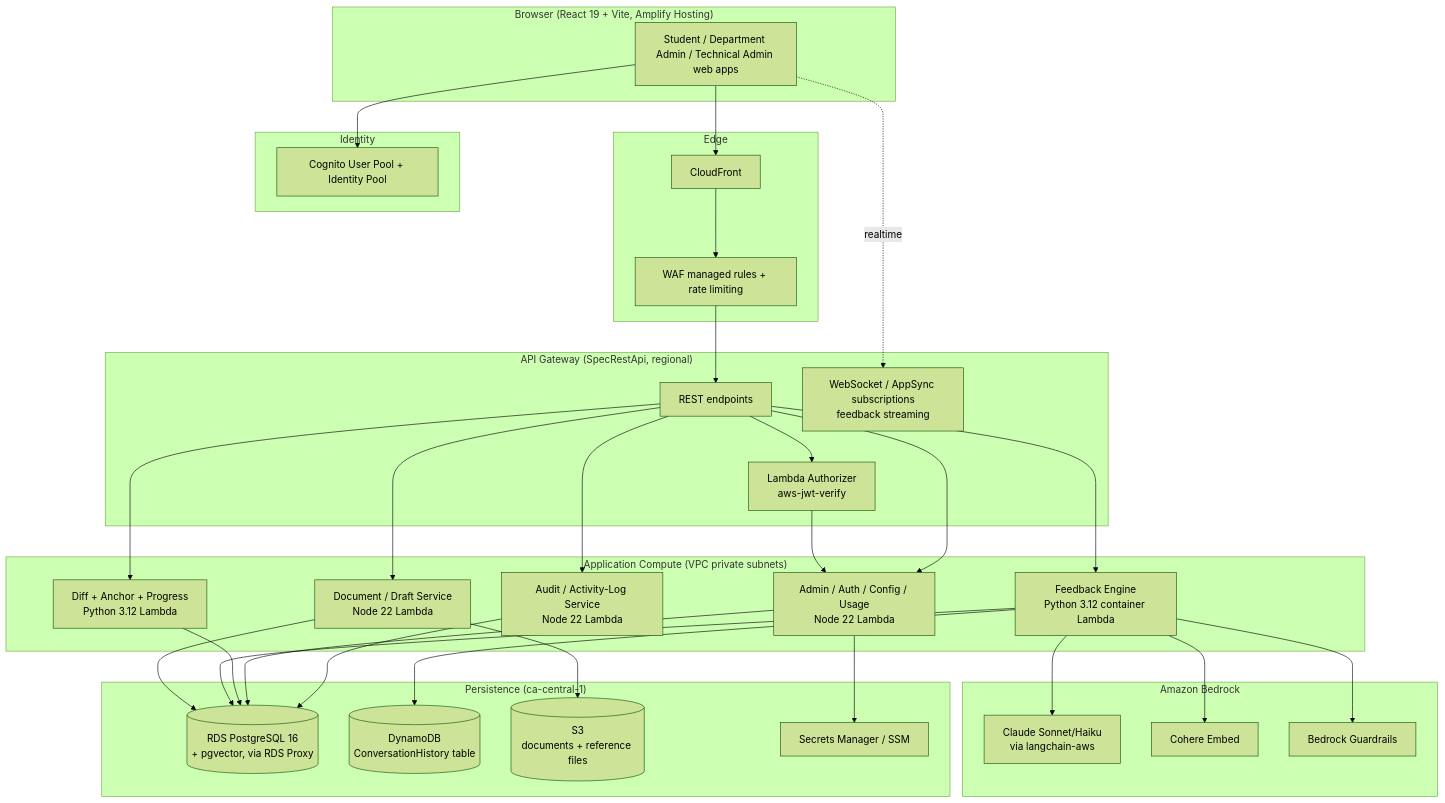
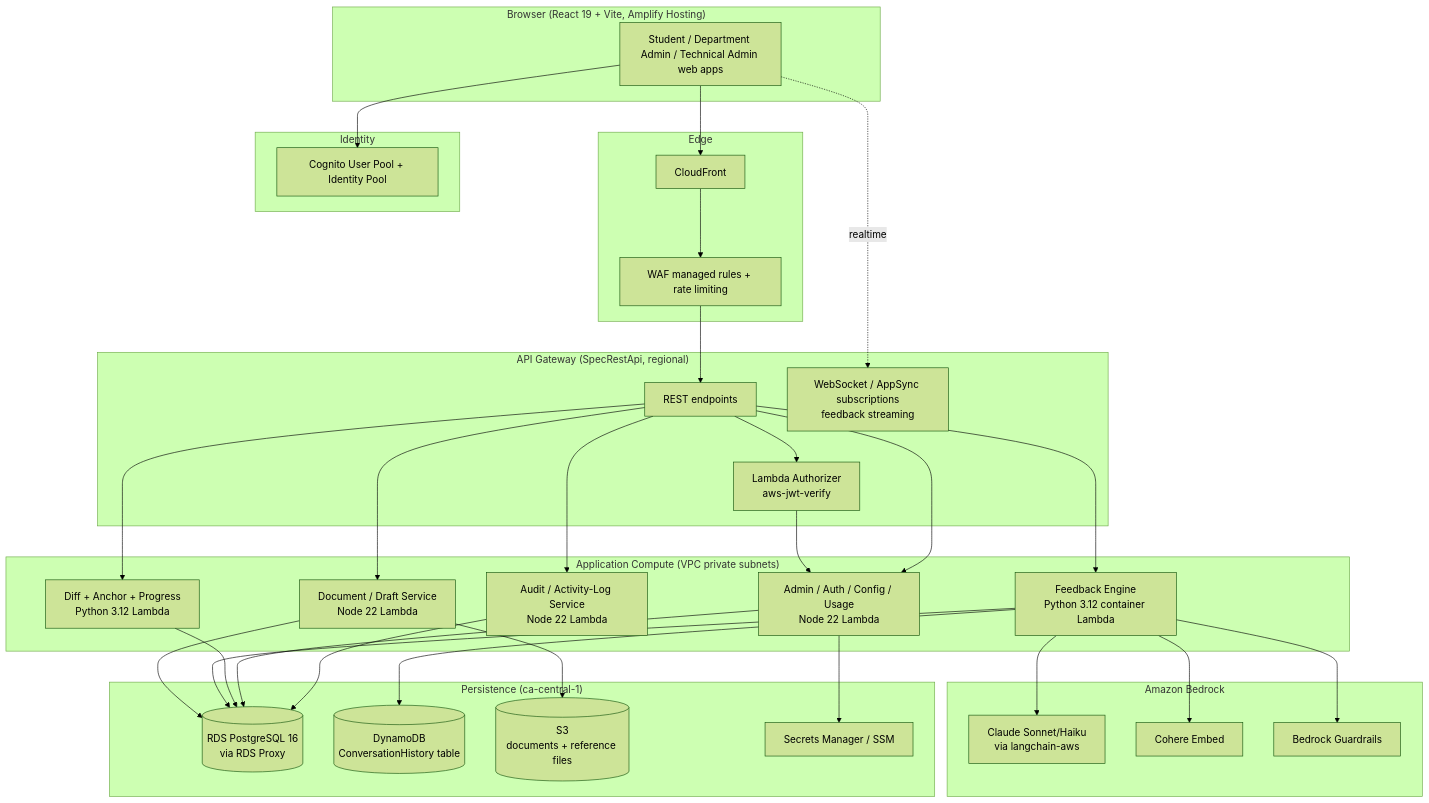
The first of 4 diagrams in docs/specs/wren-writing-coach/design.md (Owen-Wangg/WREN), drawn with Mermaid (forest theme) before and after one commit. The commit also changed other lines of this file and 20 other files, not shown here.

````diff
--- a/docs/specs/wren-writing-coach/design.md
+++ b/docs/specs/wren-writing-coach/design.md
@@ -31,55 +31,55 @@
 ```mermaid
 graph TB
     subgraph Client["Browser (React 19 + Vite, Amplify Hosting)"]
         UI[Student / Department Admin / Technical Admin web apps]
     end
 
     subgraph Edge["Edge"]
         CF[CloudFront]
         WAF[WAF managed rules + rate limiting]
     end
 
     subgraph Auth["Identity"]
         COG[Cognito User Pool + Identity Pool]
     end
 
     subgraph API["API Gateway (SpecRestApi, regional)"]
         AUTHZ[Lambda Authorizer<br/>aws-jwt-verify]
         REST[REST endpoints]
         WS[WebSocket / AppSync subscriptions<br/>feedback streaming]
     end
 
     subgraph Compute["Application Compute (VPC private subnets)"]
         DOCSVC[Document / Draft Service<br/>Node 22 Lambda]
         FBENG[Feedback Engine<br/>Python 3.12 container Lambda]
         DIFF[Diff + Anchor + Progress<br/>Python 3.12 Lambda]
         ADMINSVC[Admin / Auth / Config / Usage<br/>Node 22 Lambda]
         AUDIT[Audit / Activity-Log Service<br/>Node 22 Lambda]
     end
 
     subgraph AI["Amazon Bedrock"]
         CLAUDE[Claude Sonnet/Haiku<br/>via langchain-aws]
         EMBED[Cohere Embed]
         GUARD[Bedrock Guardrails]
     end
 
     subgraph Data["Persistence (ca-central-1)"]
-        RDS[(RDS PostgreSQL 16<br/>+ pgvector, via RDS Proxy)]
+        RDS[(RDS PostgreSQL 16<br/>via RDS Proxy)]
         DDB[(DynamoDB<br/>ConversationHistory table)]
         S3[(S3<br/>documents + reference files)]
         SM[Secrets Manager / SSM]
     end
 
     UI --> CF --> WAF --> REST
     UI -.realtime.-> WS
     UI --> COG
     REST --> AUTHZ
     AUTHZ --> ADMINSVC
     REST --> DOCSVC & FBENG & DIFF & ADMINSVC & AUDIT
     DOCSVC --> S3 & RDS
     FBENG --> CLAUDE & EMBED & GUARD & RDS
     DIFF --> RDS
     ADMINSVC --> RDS & SM
     AUDIT --> RDS
     FBENG --> DDB
 ```
````
